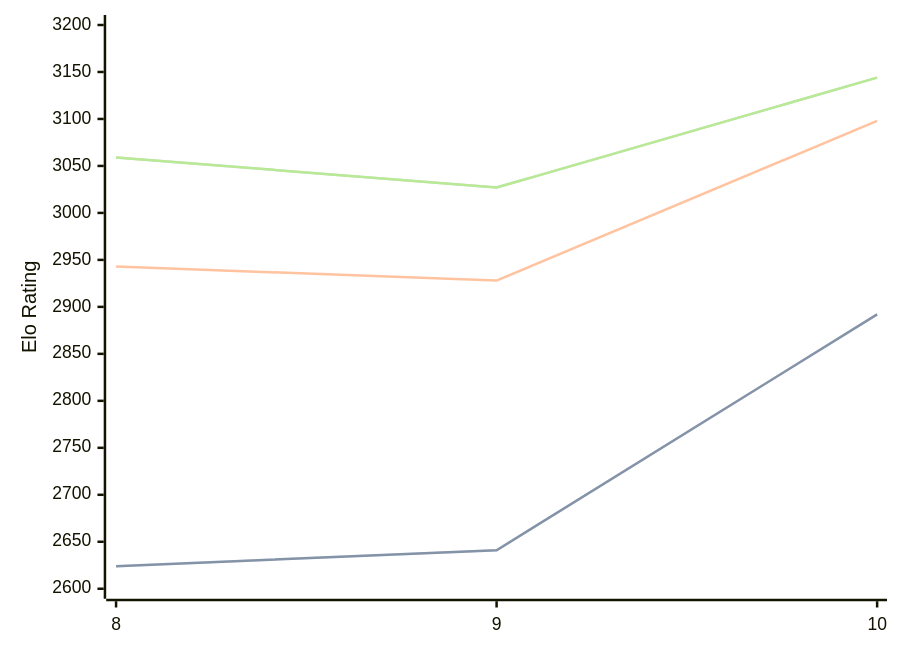
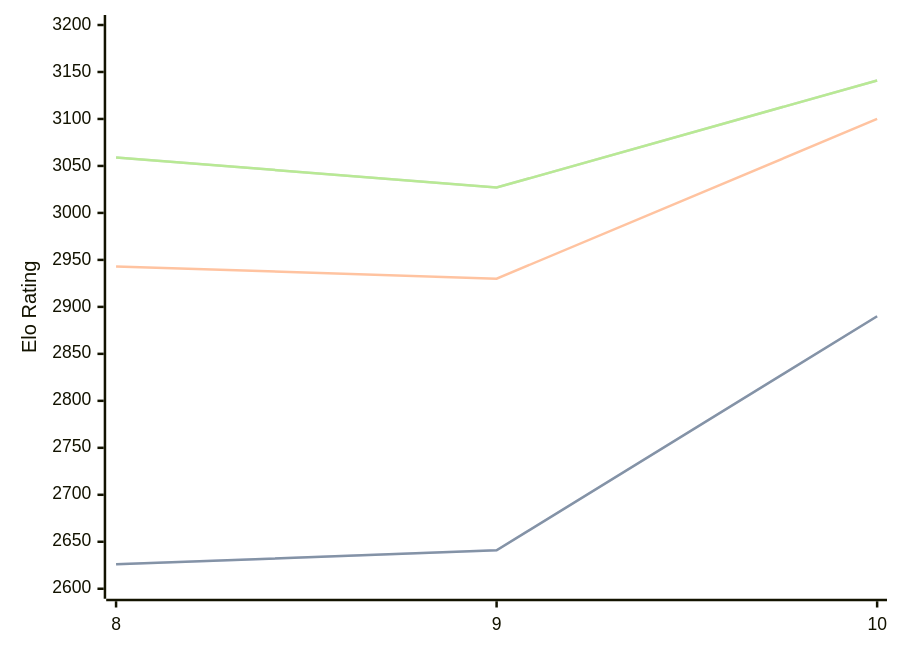
Before and after one commit to computer-chess-index/cci: the diagram in engines/Lozza.md, drawn with Mermaid. The commit also changed other lines of this file, not shown here.

Commit message:
Update CCI Ratings (ELO VLTC) - 2026-04-03

````diff
--- a/engines/Lozza.md
+++ b/engines/Lozza.md
@@ -41,11 +41,11 @@
 ```mermaid
 %%{init: {"theme":"base","themeVariables":{"seriesColors:['#a3a3a3','#222221','#faa371']}}}%%
 xychart-beta
   x-axis ["8", "9", "10"]
   y-axis "Elo Rating" 2600 --> 3200
-  line "STC (8.0+0.08s)" [2624, 2641, 2892]
-  line "STC (8.0+0.08s)" [2624, 2641, 2892]
-  line "LTC (60.0+0.60s)" [2943, 2928, 3098]
-  line "VLTC (2m24s+1.12s)" [3059, 3027, 3144]
-  line "VLTC (2m24s+1.12s)" [3059, 3027, 3144]
+  line "STC (8.0+0.08s)" [2626, 2641, 2890]
+  line "STC (8.0+0.08s)" [2626, 2641, 2890]
+  line "LTC (60.0+0.60s)" [2943, 2930, 3100]
+  line "VLTC (2m24s+1.12s)" [3059, 3027, 3141]
+  line "VLTC (2m24s+1.12s)" [3059, 3027, 3141]
 ```
````
